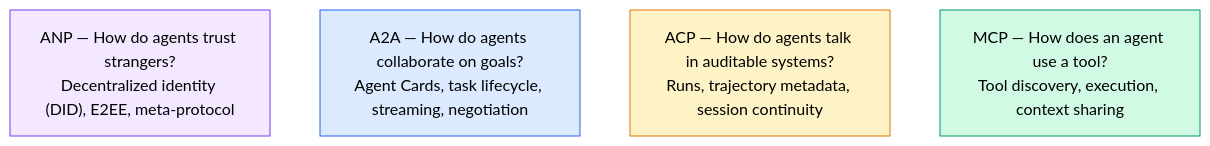
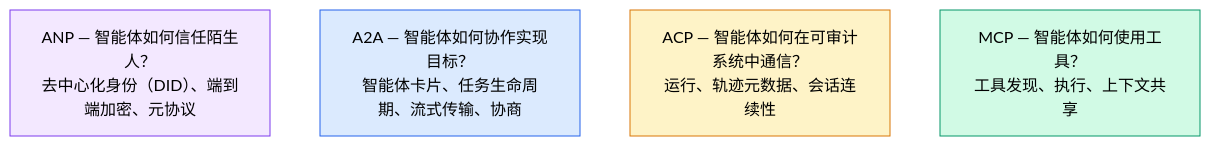
The first of 13 diagrams in lessons/16-multi-agent-and-swarms/03-communication-protocols/docs/zh.md (guangningsun/ailearning), drawn with Mermaid (forest theme) before and after one commit. The commit also changed other lines of this file and 25 other files, not shown here.

````diff
--- a/lessons/16-multi-agent-and-swarms/03-communication-protocols/docs/zh.md
+++ b/lessons/16-multi-agent-and-swarms/03-communication-protocols/docs/zh.md
@@ -40,12 +40,12 @@
 ```mermaid
 flowchart TD
-  ANP["ANP — How do agents trust strangers?<br/>Decentralized identity (DID), E2EE, meta-protocol"]
-  A2A["A2A — How do agents collaborate on goals?<br/>Agent Cards, task lifecycle, streaming, negotiation"]
-  ACP["ACP — How do agents talk in auditable systems?<br/>Runs, trajectory metadata, session continuity"]
-  MCP["MCP — How does an agent use a tool?<br/>Tool discovery, execution, context sharing"]
+  ANP["ANP — 智能体如何信任陌生人？<br/>去中心化身份（DID）、端到端加密、元协议"]
+  A2A["A2A — 智能体如何协作实现目标？<br/>智能体卡片、任务生命周期、流式传输、协商"]
+  ACP["ACP — 智能体如何在可审计系统中通信？<br/>运行、轨迹元数据、会话连续性"]
+  MCP["MCP — 智能体如何使用工具？<br/>工具发现、执行、上下文共享"]
 
   style ANP fill:#f3e8ff,stroke:#7c3aed
   style A2A fill:#dbeafe,stroke:#2563eb
   style ACP fill:#fef3c7,stroke:#d97706
   style MCP fill:#d1fae5,stroke:#059669
 ```
````
